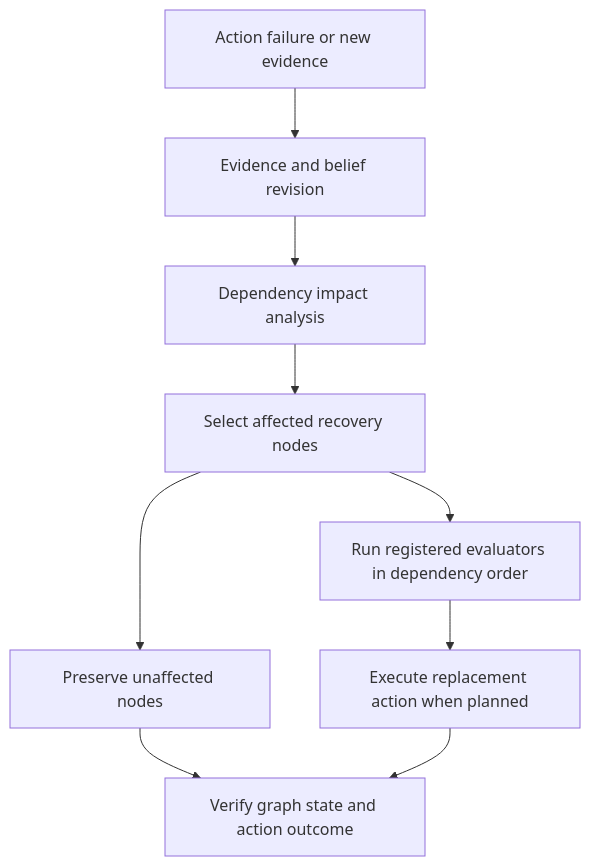
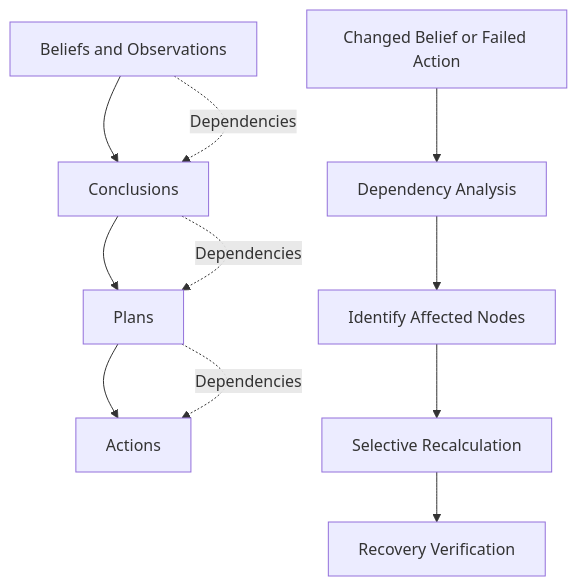
The diagram in README.md (Simi268/belief-graph), drawn with Mermaid before and after one commit. The commit also changed other lines of this file, not shown here.

````diff
--- a/README.md
+++ b/README.md
@@ -37,11 +33,15 @@
 ```mermaid
 flowchart TD
-    A[Action failure or new evidence] --> B[Evidence and belief revision]
-    B --> C[Dependency impact analysis]
-    C --> D[Select affected recovery nodes]
-    D --> E[Run registered evaluators in dependency order]
-    D --> F[Preserve unaffected nodes]
-    E --> G[Execute replacement action when planned]
-    F --> H[Verify graph state and action outcome]
-    G --> H
+    A[Beliefs and Observations] --> B[Conclusions]
+    B --> C[Plans]
+    C --> D[Actions]
+
+    E[Changed Belief or Failed Action] --> F[Dependency Analysis]
+    F --> G[Identify Affected Nodes]
+    G --> H[Selective Recalculation]
+    H --> I[Recovery Verification]
+
+    A -. Dependencies .-> B
+    B -. Dependencies .-> C
+    C -. Dependencies .-> D
 ```
````
